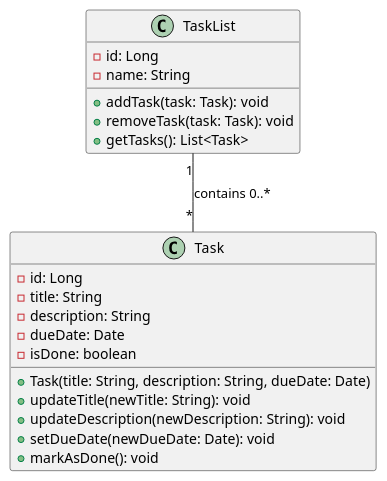
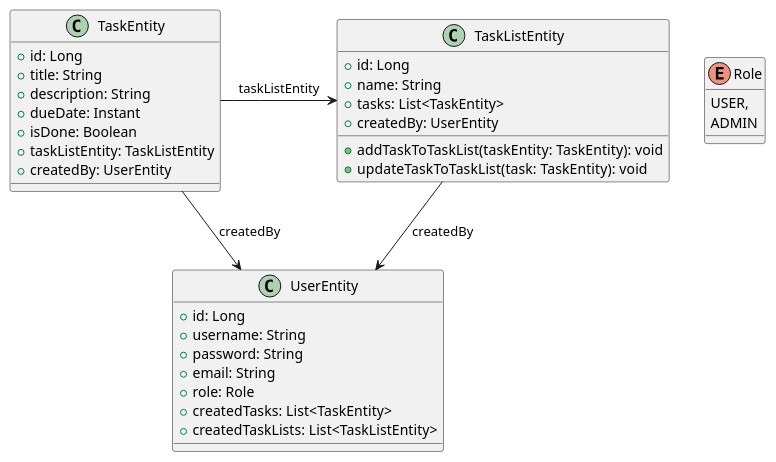
One commit to broxzx/To-Do-List-Project changed the diagram in basic.puml. Above: the diagram before and after it, drawn with PlantUML. The commit also changed 12 other files, not shown here.

```diff
--- a/basic.puml
+++ b/basic.puml
@@ -1,26 +1,41 @@
 @startuml
 
-class Task {
-  -id: Long
-  -title: String
-  -description: String
-  -dueDate: Date
-  -isDone: boolean
-  +Task(title: String, description: String, dueDate: Date)
-  +updateTitle(newTitle: String): void
-  +updateDescription(newDescription: String): void
-  +setDueDate(newDueDate: Date): void
-  +markAsDone(): void
+enum Role {
+    USER,
+    ADMIN
 }
 
-class TaskList {
-  -id: Long
-  -name: String
-  +addTask(task: Task): void
-  +removeTask(task: Task): void
-  +getTasks(): List<Task>
+class TaskEntity {
+    + id: Long
+    + title: String
+    + description: String
+    + dueDate: Instant
+    + isDone: Boolean
+    + taskListEntity: TaskListEntity
+    + createdBy: UserEntity
 }
 
-TaskList "1" -- "*" Task : contains 0..*
+class TaskListEntity {
+    + id: Long
+    + name: String
+    + tasks: List<TaskEntity>
+    + createdBy: UserEntity
+    {method} + addTaskToTaskList(taskEntity: TaskEntity): void
+    {method} + updateTaskToTaskList(task: TaskEntity): void
+}
+
+class UserEntity {
+    + id: Long
+    + username: String
+    + password: String
+    + email: String
+    + role: Role
+    + createdTasks: List<TaskEntity>
+    + createdTaskLists: List<TaskListEntity>
+}
+
+TaskEntity -> TaskListEntity : taskListEntity
+TaskEntity -> UserEntity : createdBy
+TaskListEntity --> UserEntity : createdBy
 
 @enduml
```
